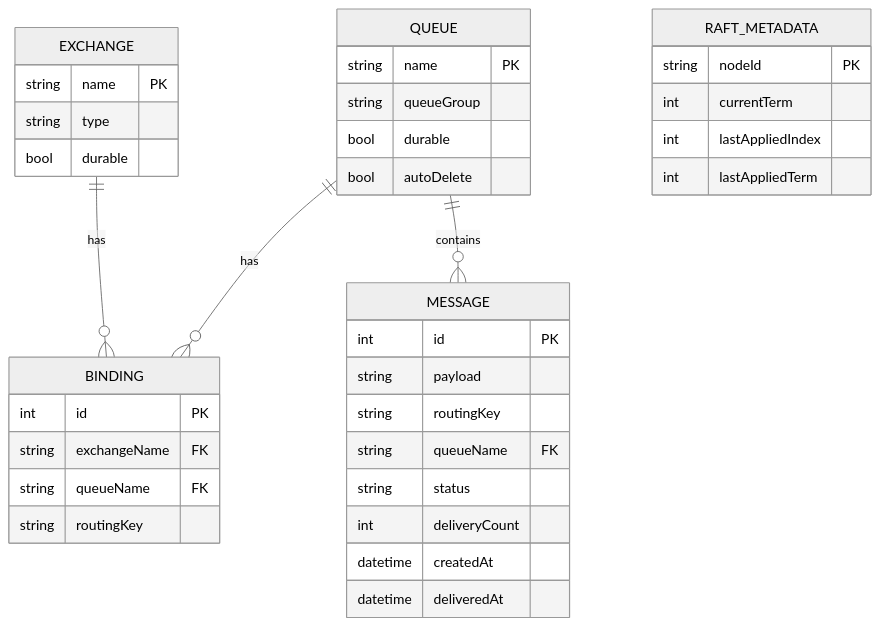
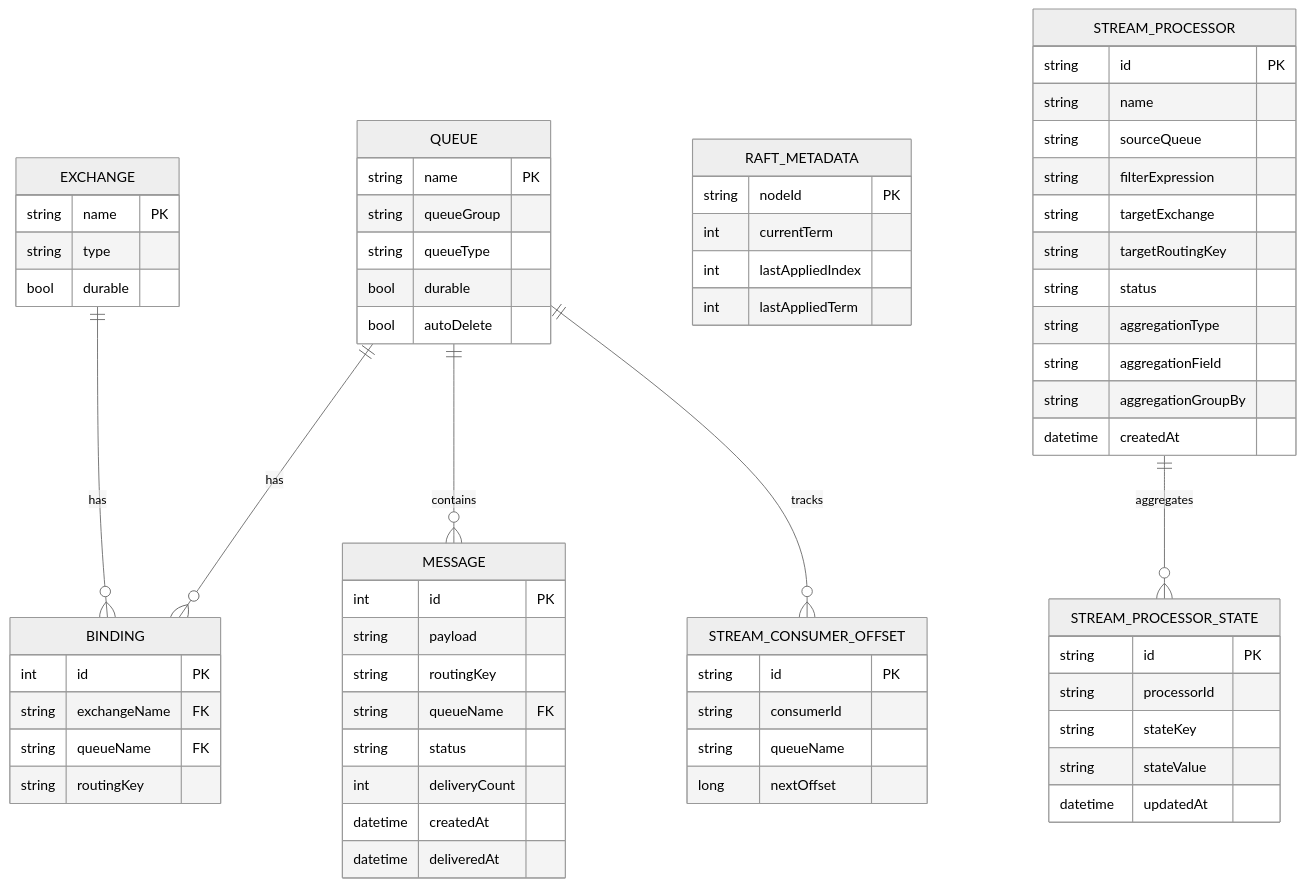
One commit to nadermedhet148/simpleMQ changed the seventh of 9 diagrams in README.md. Above: the diagram before and after it, drawn with Mermaid (neutral theme). The commit also changed other lines of this file and 26 other files, not shown here.

Commit message:
Implement stream processing engine with support for filtering, aggregation (COUNT, SUM, LAST), JSON path extraction, and REST APIs for processor management.

````diff
--- a/README.md
+++ b/README.md
@@ -340,40 +424,69 @@
 ```mermaid
 erDiagram
     EXCHANGE {
         string name PK
         string type
         bool durable
     }
     QUEUE {
         string name PK
         string queueGroup
+        string queueType
         bool durable
         bool autoDelete
     }
     BINDING {
         int id PK
         string exchangeName FK
         string queueName FK
         string routingKey
     }
     MESSAGE {
         int id PK
         string payload
         string routingKey
         string queueName FK
         string status
         int deliveryCount
         datetime createdAt
         datetime deliveredAt
     }
     RAFT_METADATA {
         string nodeId PK
         int currentTerm
         int lastAppliedIndex
         int lastAppliedTerm
     }
+    STREAM_CONSUMER_OFFSET {
+        string id PK
+        string consumerId
+        string queueName
+        long nextOffset
+    }
+    STREAM_PROCESSOR {
+        string id PK
+        string name
+        string sourceQueue
+        string filterExpression
+        string targetExchange
+        string targetRoutingKey
+        string status
+        string aggregationType
+        string aggregationField
+        string aggregationGroupBy
+        datetime createdAt
+    }
+    STREAM_PROCESSOR_STATE {
+        string id PK
+        string processorId
+        string stateKey
+        string stateValue
+        datetime updatedAt
+    }
 
     EXCHANGE ||--o{ BINDING : "has"
     QUEUE ||--o{ BINDING : "has"
     QUEUE ||--o{ MESSAGE : "contains"
+    QUEUE ||--o{ STREAM_CONSUMER_OFFSET : "tracks"
+    STREAM_PROCESSOR ||--o{ STREAM_PROCESSOR_STATE : "aggregates"
 ```
````
